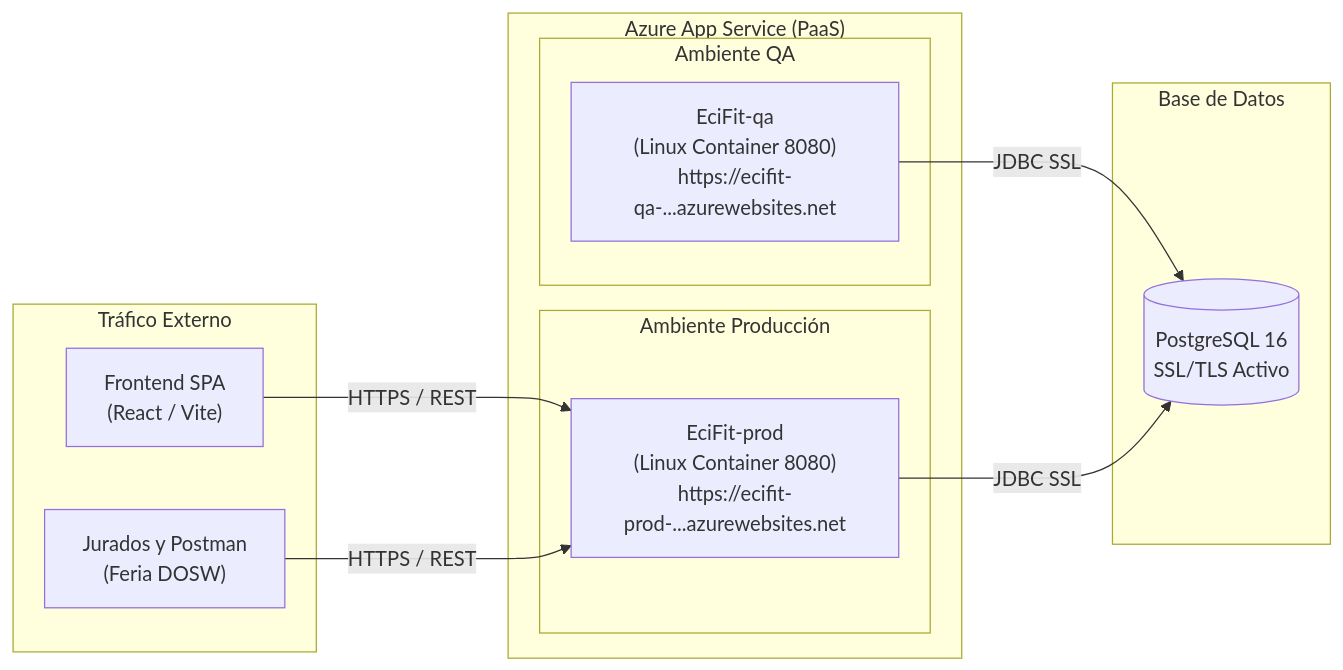
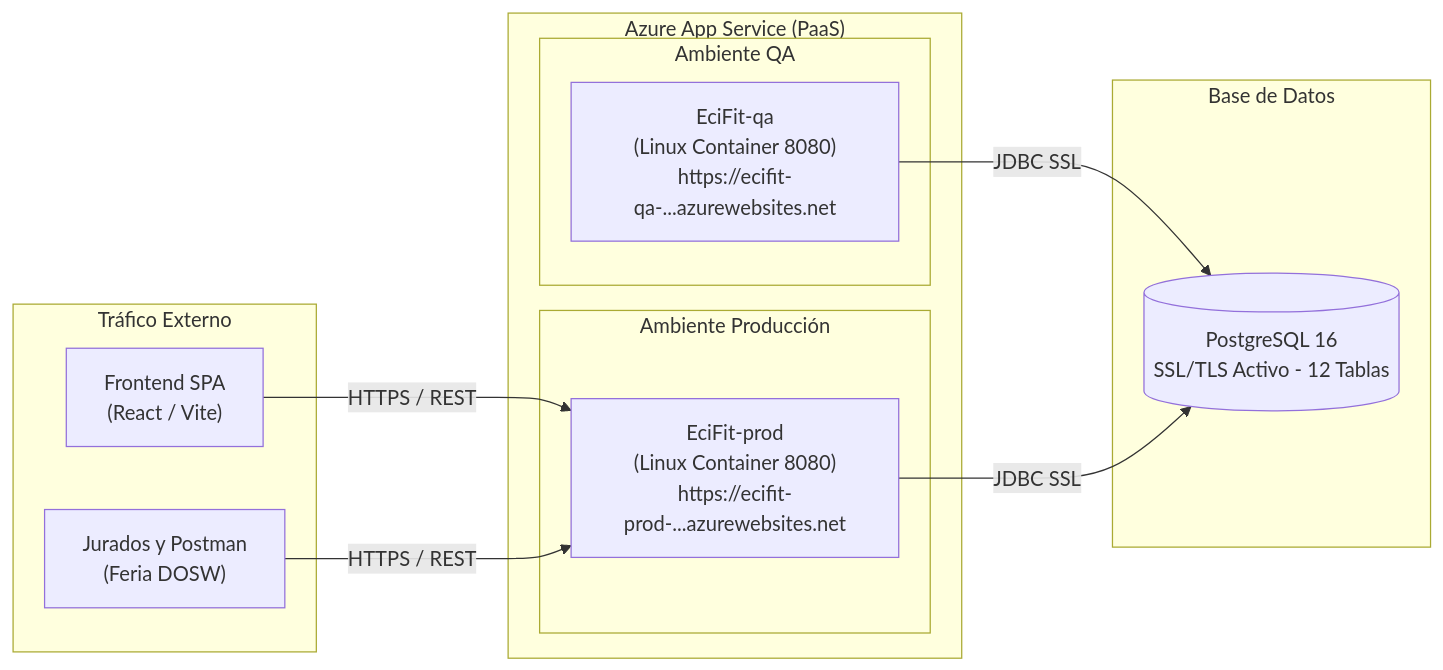
Before and after one commit to ECI-FIT/ecifit-backend: the fifth of 5 diagrams in docs/arquitectura-hld.md, drawn with Mermaid. The commit also changed other lines of this file, not shown here.

````diff
--- a/docs/arquitectura-hld.md
+++ b/docs/arquitectura-hld.md
@@ -629,25 +613,25 @@
 ```mermaid
 flowchart LR
     subgraph Internet["Tráfico Externo"]
         WebFront["Frontend SPA\n(React / Vite)"]
         Jurados["Jurados y Postman\n(Feria DOSW)"]
     end
 
     subgraph AzureCloud["Azure App Service (PaaS)"]
         subgraph QA["Ambiente QA"]
             AppQA["EciFit-qa\n(Linux Container 8080)\nhttps://ecifit-qa-...azurewebsites.net"]
         end
         subgraph PROD["Ambiente Producción"]
             AppProd["EciFit-prod\n(Linux Container 8080)\nhttps://ecifit-prod-...azurewebsites.net"]
         end
     end
 
     subgraph DataTier["Base de Datos"]
-        AzurePG[("PostgreSQL 16\nSSL/TLS Activo")]
+        AzurePG[("PostgreSQL 16\nSSL/TLS Activo - 12 Tablas")]
     end
 
     WebFront -->|"HTTPS / REST"| AppProd
     Jurados -->|"HTTPS / REST"| AppProd
     AppQA -->|"JDBC SSL"| AzurePG
     AppProd -->|"JDBC SSL"| AzurePG
 ```
````
